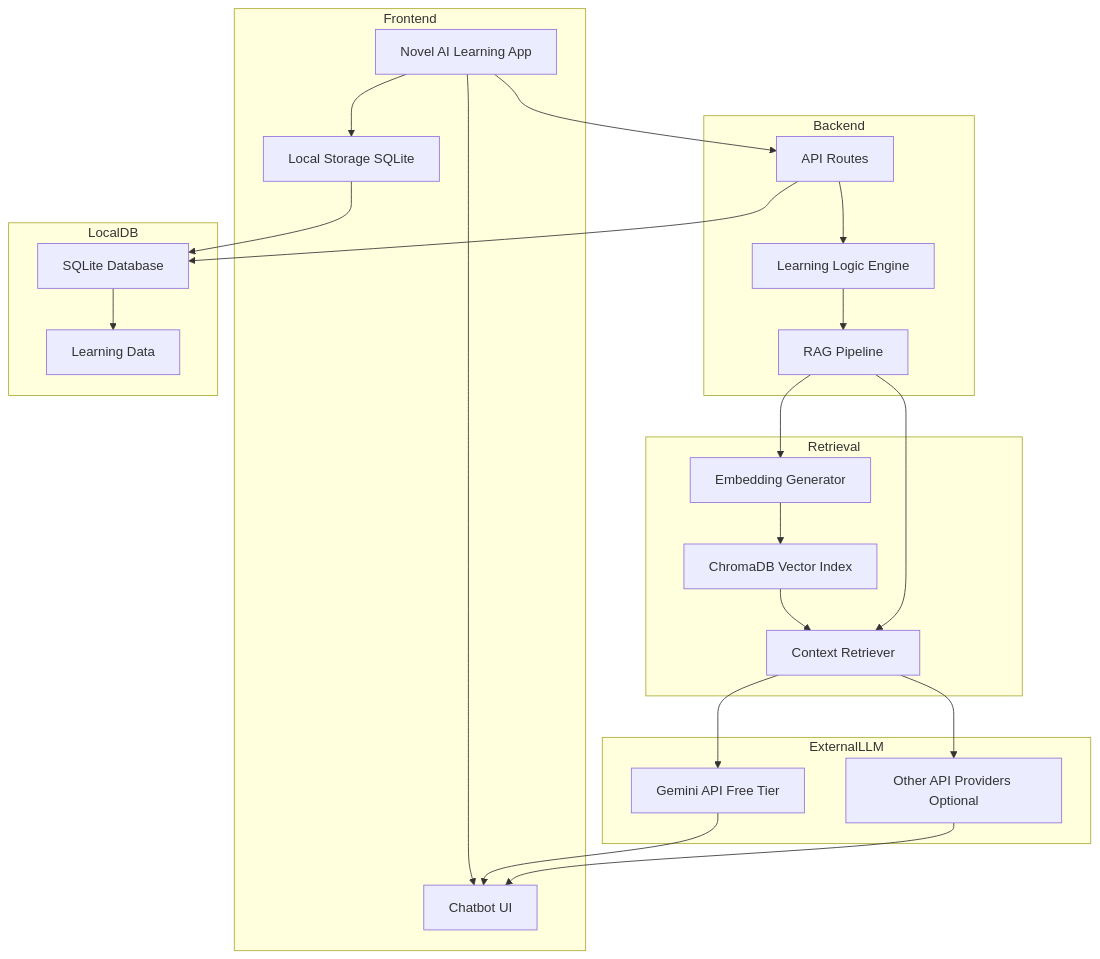
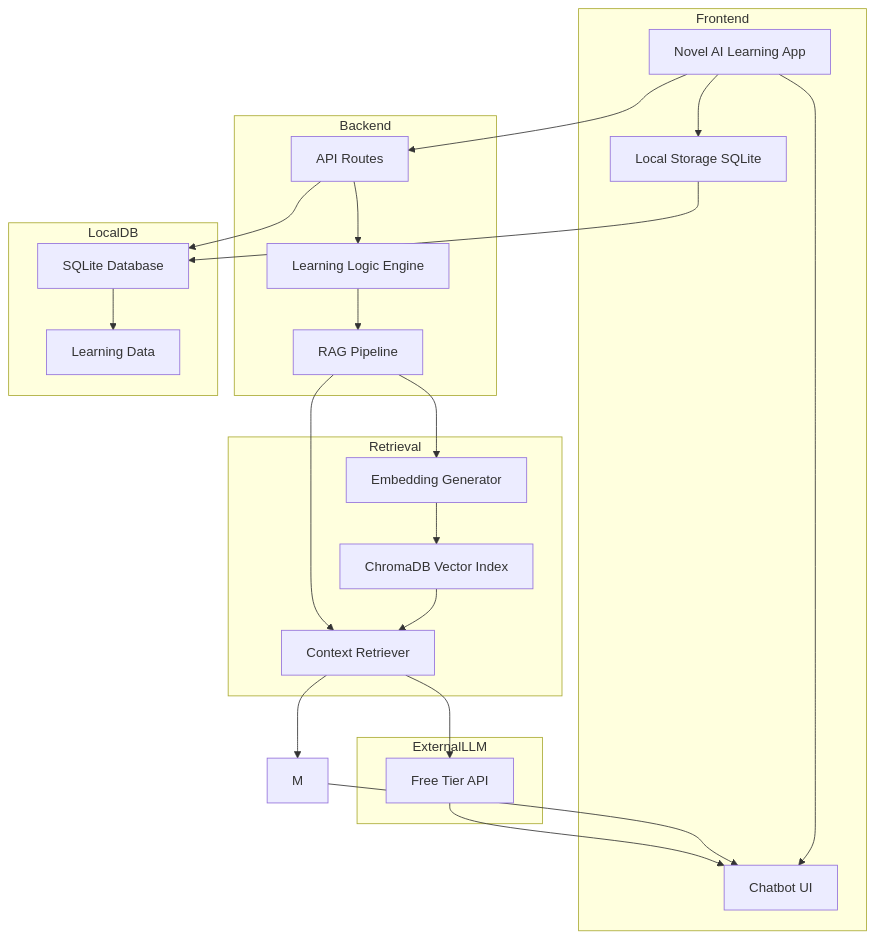
The diagram in README.md (prakharsingh-74/BabyNest), drawn with Mermaid before and after one commit.

````diff
--- a/README.md
+++ b/README.md
@@ -95,58 +95,57 @@
 ```mermaid
 graph TD
 
 %% FRONTEND
 subgraph Frontend
     A[Novel AI Learning App]
     B[Chatbot UI]
     C[Local Storage SQLite]
 
     A --> B
     A --> C
 end
 
 %% BACKEND
 subgraph Backend
     D[API Routes]
     E[Learning Logic Engine]
     F[RAG Pipeline]
 
     D --> E
     E --> F
 end
 
 %% LOCAL DATABASE
 subgraph LocalDB
     G[SQLite Database]
     H[Learning Data]
 
     G --> H
 end
 
 %% RAG LAYER
 subgraph Retrieval
     I[Embedding Generator]
     J[ChromaDB Vector Index]
     K[Context Retriever]
 
     I --> J
     J --> K
 end
 
 %% EXTERNAL LLM
 subgraph ExternalLLM
-    L[Gemini API Free Tier]
-    M[Other API Providers Optional]
+    L[Free Tier API ]
 end
 
 %% CONNECTIONS
 A --> D
 D --> G
 F --> I
 F --> K
 K --> L
 K --> M
 L --> B
 M --> B
 C --> G
 ```
````
